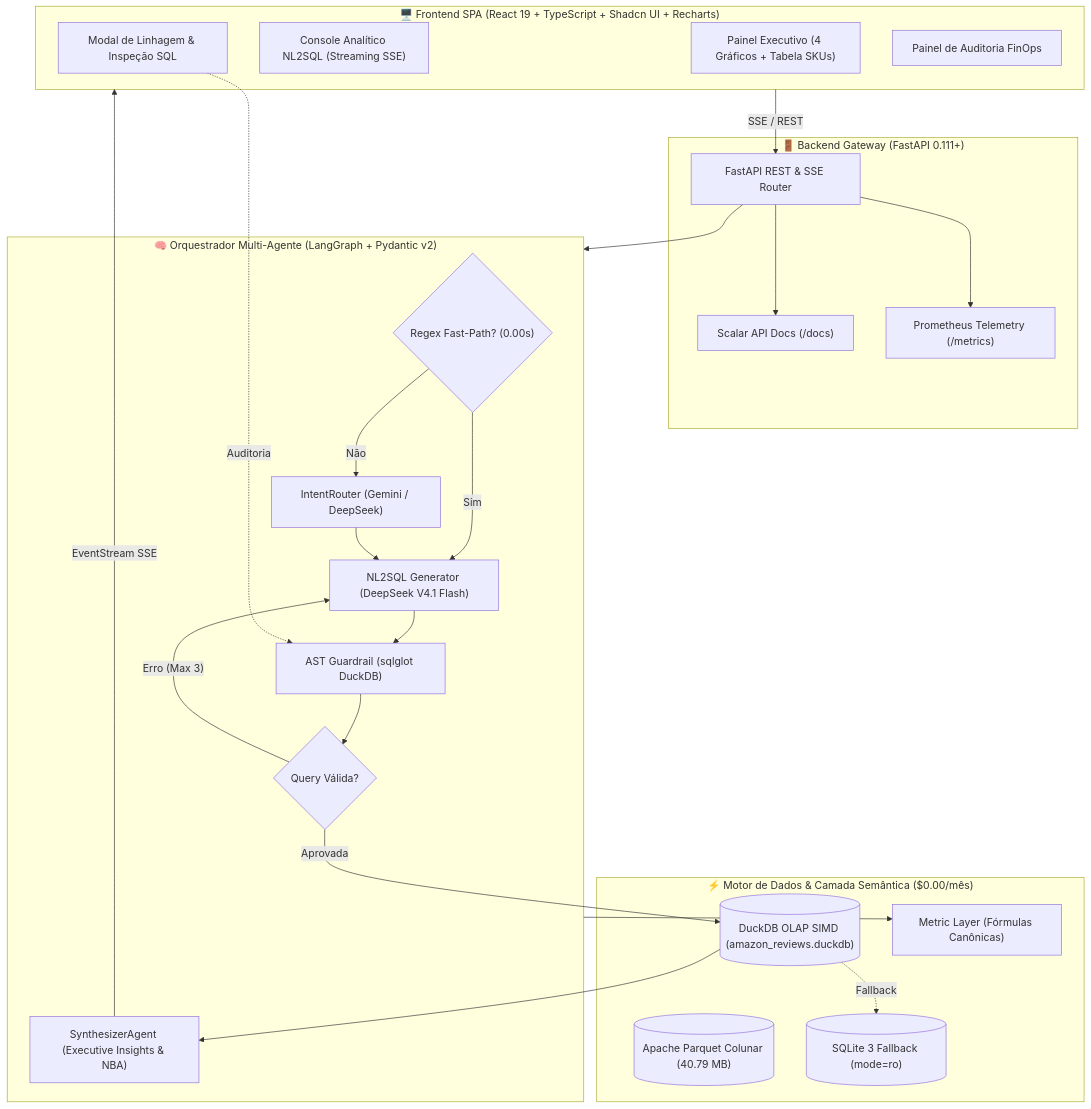
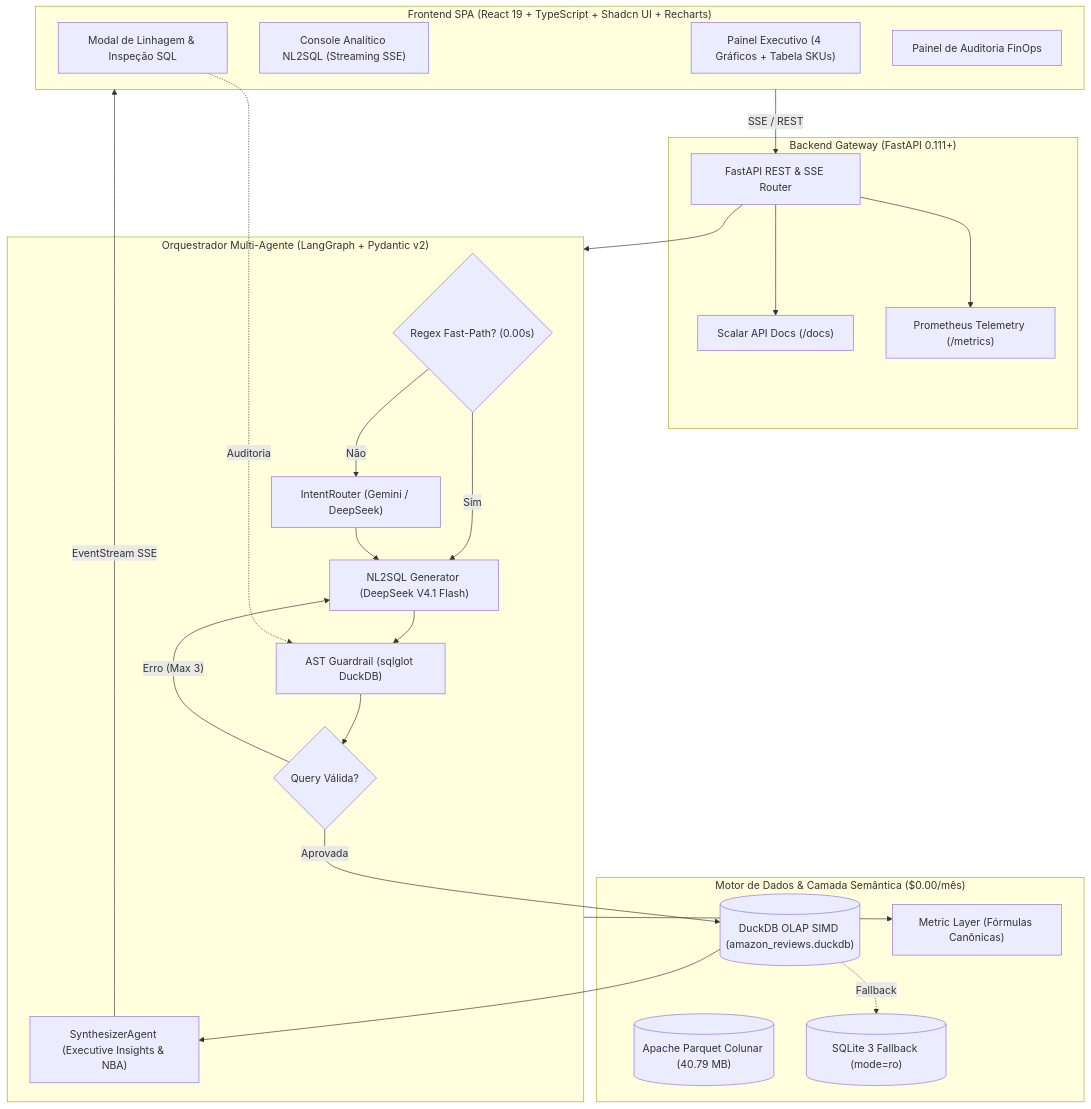
One commit to henriquebotelhogomes/varejo_ecommerce_ia changed the diagram in README.md. Above: the diagram before and after it, drawn with Mermaid. The commit also changed other lines of this file, not shown here.

````diff
--- a/README.md
+++ b/README.md
@@ -111,49 +111,49 @@
 ```mermaid
 flowchart TD
-    subgraph Frontend["🖥️ Frontend SPA (React 19 + TypeScript + Shadcn UI + Recharts)"]
-        Dash["Painel Executivo (4 Gráficos + Tabela SKUs)"]
-        Console["Console Analítico NL2SQL (Streaming SSE)"]
-        Modal["Modal de Linhagem & Inspeção SQL"]
-        FinOpsTab["Painel de Auditoria FinOps"]
-    end
+ subgraph Frontend["Frontend SPA (React 19 + TypeScript + Shadcn UI + Recharts)"]
+ Dash["Painel Executivo (4 Gráficos + Tabela SKUs)"]
+ Console["Console Analítico NL2SQL (Streaming SSE)"]
+ Modal["Modal de Linhagem & Inspeção SQL"]
+ FinOpsTab["Painel de Auditoria FinOps"]
+ end
 
-    subgraph Gateway["🚪 Backend Gateway (FastAPI 0.111+)"]
-        API["FastAPI REST & SSE Router"]
-        Scalar["Scalar API Docs (/docs)"]
-        Prometheus["Prometheus Telemetry (/metrics)"]
-    end
+ subgraph Gateway["Backend Gateway (FastAPI 0.111+)"]
+ API["FastAPI REST & SSE Router"]
+ Scalar["Scalar API Docs (/docs)"]
+ Prometheus["Prometheus Telemetry (/metrics)"]
+ end
 
-    subgraph DataEngine["⚡ Motor de Dados & Camada Semântica ($0.00/mês)"]
-        DuckDB[("DuckDB OLAP SIMD (amazon_reviews.duckdb)")]
-        Parquet[("Apache Parquet Colunar (40.79 MB)")]
-        MetricLayer["Metric Layer (Fórmulas Canônicas)"]
-        SQLiteFB[("SQLite 3 Fallback (mode=ro)")]
-    end
+ subgraph DataEngine["Motor de Dados & Camada Semântica ($0.00/mês)"]
+ DuckDB[("DuckDB OLAP SIMD (amazon_reviews.duckdb)")]
+ Parquet[("Apache Parquet Colunar (40.79 MB)")]
+ MetricLayer["Metric Layer (Fórmulas Canônicas)"]
+ SQLiteFB[("SQLite 3 Fallback (mode=ro)")]
+ end
 
-    subgraph MultiAgent["🧠 Orquestrador Multi-Agente (LangGraph + Pydantic v2)"]
-        FastPath{"Regex Fast-Path? (0.00s)"}
-        Router["IntentRouter (Gemini / DeepSeek)"]
-        NL2SQL["NL2SQL Generator (DeepSeek V4.1 Flash)"]
-        Guard["AST Guardrail (sqlglot DuckDB)"]
-        SelfHealing{"Query Válida?"}
-        Synthesizer["SynthesizerAgent (Executive Insights & NBA)"]
-    end
+ subgraph MultiAgent["Orquestrador Multi-Agente (LangGraph + Pydantic v2)"]
+ FastPath{"Regex Fast-Path? (0.00s)"}
+ Router["IntentRouter (Gemini / DeepSeek)"]
+ NL2SQL["NL2SQL Generator (DeepSeek V4.1 Flash)"]
+ Guard["AST Guardrail (sqlglot DuckDB)"]
+ SelfHealing{"Query Válida?"}
+ Synthesizer["SynthesizerAgent (Executive Insights & NBA)"]
+ end
 
-    Frontend -->|"SSE / REST"| API
-    API --> Scalar
-    API --> Prometheus
-    API --> MultiAgent
+ Frontend -->|"SSE / REST"| API
+ API --> Scalar
+ API --> Prometheus
+ API --> MultiAgent
 
-    MultiAgent --> MetricLayer
-    FastPath -->|"Sim"| NL2SQL
-    FastPath -->|"Não"| Router
-    Router --> NL2SQL
-    NL2SQL --> Guard
-    Guard --> SelfHealing
-    SelfHealing -->|"Erro (Max 3)"| NL2SQL
-    SelfHealing -->|"Aprovada"| DuckDB
-    DuckDB -.->|"Fallback"| SQLiteFB
-    DuckDB --> Synthesizer
-    Synthesizer -->|"EventStream SSE"| Frontend
-    Modal -.->|"Auditoria"| Guard
+ MultiAgent --> MetricLayer
+ FastPath -->|"Sim"| NL2SQL
+ FastPath -->|"Não"| Router
+ Router --> NL2SQL
+ NL2SQL --> Guard
+ Guard --> SelfHealing
+ SelfHealing -->|"Erro (Max 3)"| NL2SQL
+ SelfHealing -->|"Aprovada"| DuckDB
+ DuckDB -.->|"Fallback"| SQLiteFB
+ DuckDB --> Synthesizer
+ Synthesizer -->|"EventStream SSE"| Frontend
+ Modal -.->|"Auditoria"| Guard
 ```
````
